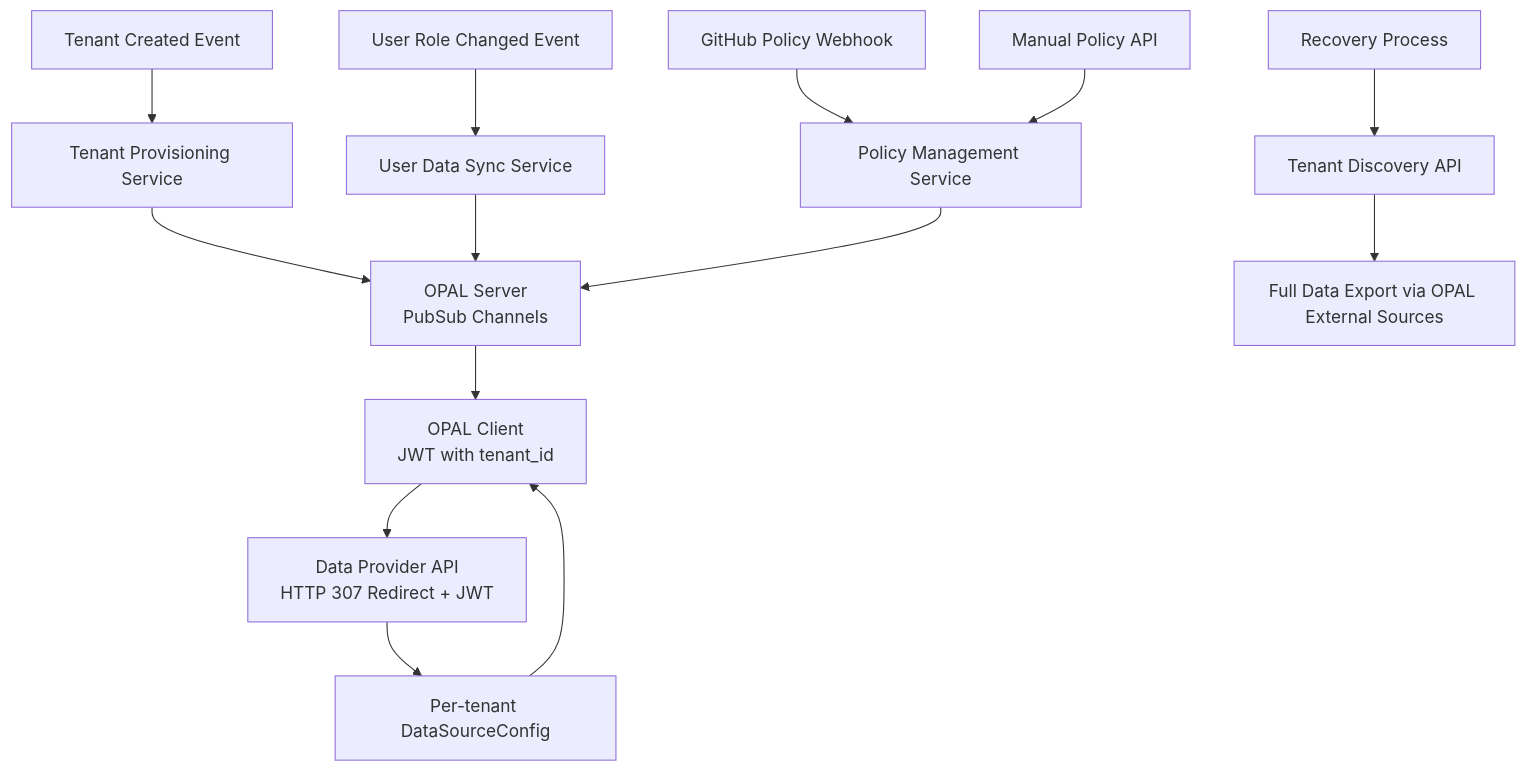
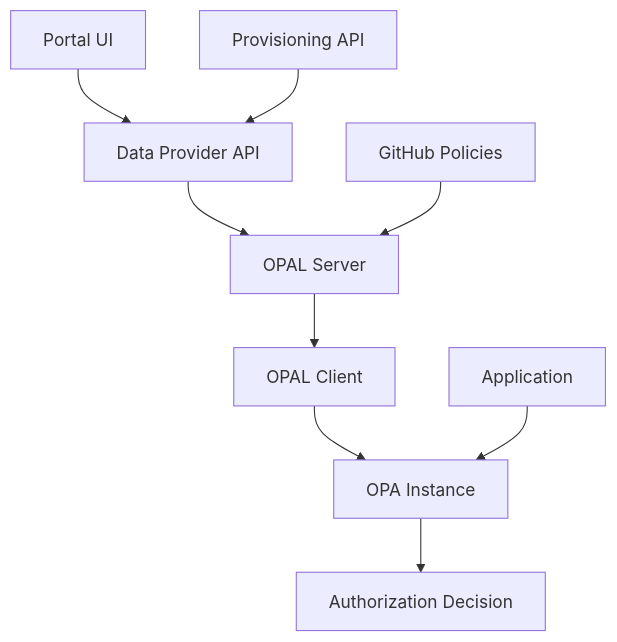
The diagram in README.md (plduser/opa-zero-poll), drawn with Mermaid before and after one commit. The commit also changed other lines of this file and 79 other files, not shown here.

Commit message:
refactor: Remove webhook and Integration Scripts architecture - Remove entire integration-scripts directory and webhook code - Replace app.py with clean v3.0.0 without sync functions - Update documentation for OPAL External Data Sources focus - Prepares for Task 36 implementation

````diff
--- a/README.md
+++ b/README.md
@@ -101,16 +53,13 @@
 ```mermaid
 graph TD
-    A["Tenant Created Event"] --> B["Tenant Provisioning Service"]
-    B --> E["OPAL Server<br/>External Data Sources Config"]
-    C["User Role Changed Event"] --> D["User Data Sync Service"]
-    D --> E["OPAL Server<br/>PubSub Channels"]
-    E --> F["OPAL Client<br/>JWT with tenant_id"]
-    F --> G["Data Provider API<br/>HTTP 307 Redirect + JWT"]
-    G --> H["Per-tenant DataSourceConfig"]
-    H --> F
-    I["GitHub Policy Webhook"] --> J["Policy Management Service"]
-    J --> E
-    K["Recovery Process"] --> L["Tenant Discovery API"]
-    L --> M["Full Data Export via OPAL External Sources"]
-    N["Manual Policy API"] --> J
+    A["Portal UI"] --> B["Data Provider API"]
+    B --> C["OPAL Server"]
+    C --> D["OPAL Client"]
+    D --> E["OPA Instance"]
+    
+    F["Provisioning API"] --> B
+    G["GitHub Policies"] --> C
+    
+    H["Application"] --> E
+    E --> I["Authorization Decision"]
 ```
````
